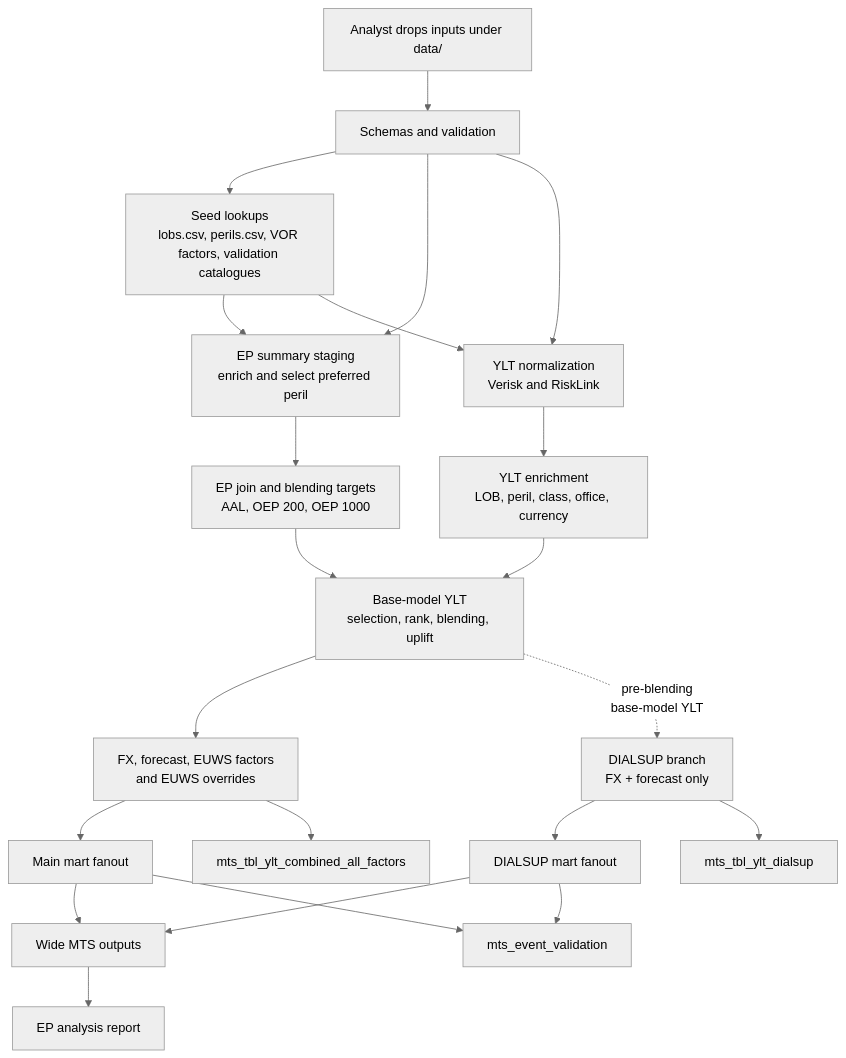
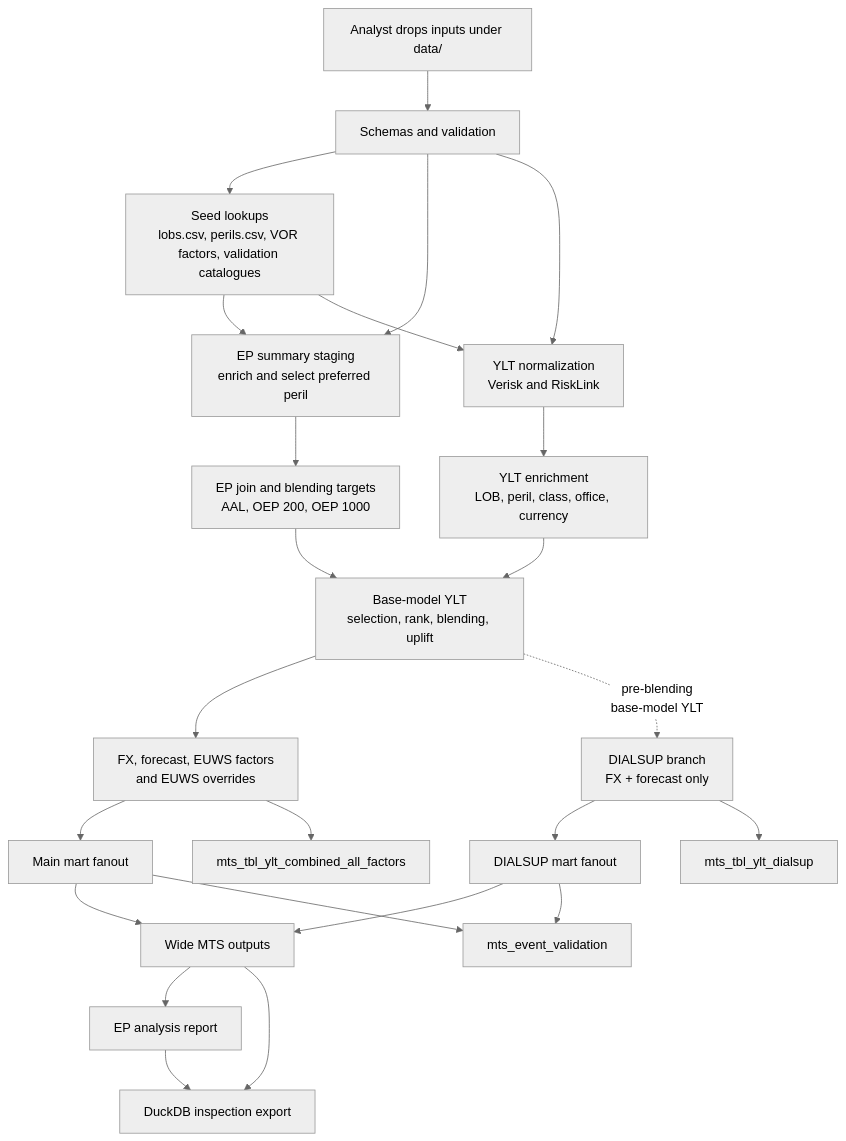
Before and after one commit to richardrh/rollup-dbt: the diagram in docs/architecture.md, drawn with Mermaid (neutral theme). The commit also changed other lines of this file and 17 other files, not shown here.

Commit message:
Fix DuckDB export tables and analyst SQL docs (#79)

````diff
--- a/docs/architecture.md
+++ b/docs/architecture.md
@@ -10,24 +10,26 @@
 ```mermaid
 flowchart TD
   A[Analyst drops inputs under data/] --> B[Schemas and validation]
   B --> C[Seed lookups\nlobs.csv, perils.csv, VOR factors, validation catalogues]
   B --> D[EP summary staging\nenrich and select preferred peril]
   B --> E[YLT normalization\nVerisk and RiskLink]
   C --> D
   C --> E
   D --> F[EP join and blending targets\nAAL, OEP 200, OEP 1000]
   E --> G[YLT enrichment\nLOB, peril, class, office, currency]
   F --> H[Base-model YLT\nselection, rank, blending, uplift]
   G --> H
   H --> I[FX, forecast, EUWS factors\nand EUWS overrides]
   H -.->|pre-blending\nbase-model YLT| J[DIALSUP branch\nFX + forecast only]
   I --> K[Main mart fanout]
   J --> L[DIALSUP mart fanout]
   I --> O[mts_tbl_ylt_combined_all_factors]
   J --> P[mts_tbl_ylt_dialsup]
   K --> M[Wide MTS outputs]
   L --> M
   K --> N[mts_event_validation]
   L --> N
   M --> Q[EP analysis report]
+  M --> R[DuckDB inspection export]
+  Q --> R
 ```
````
